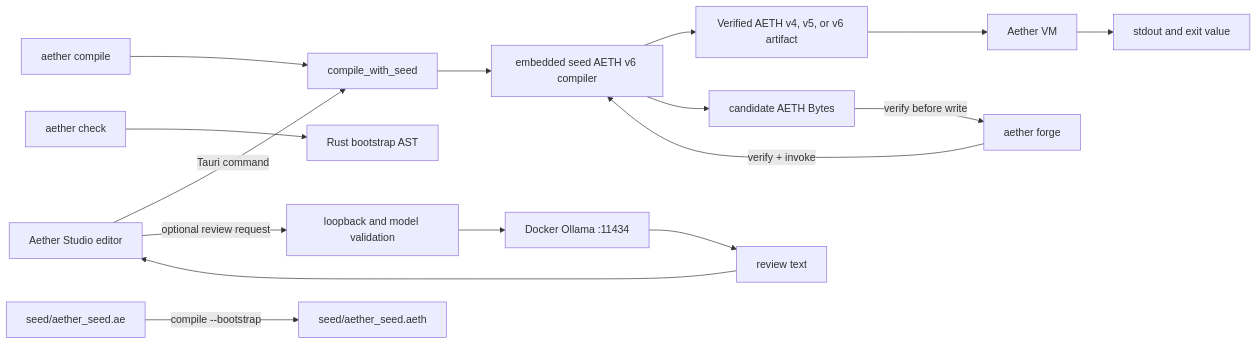
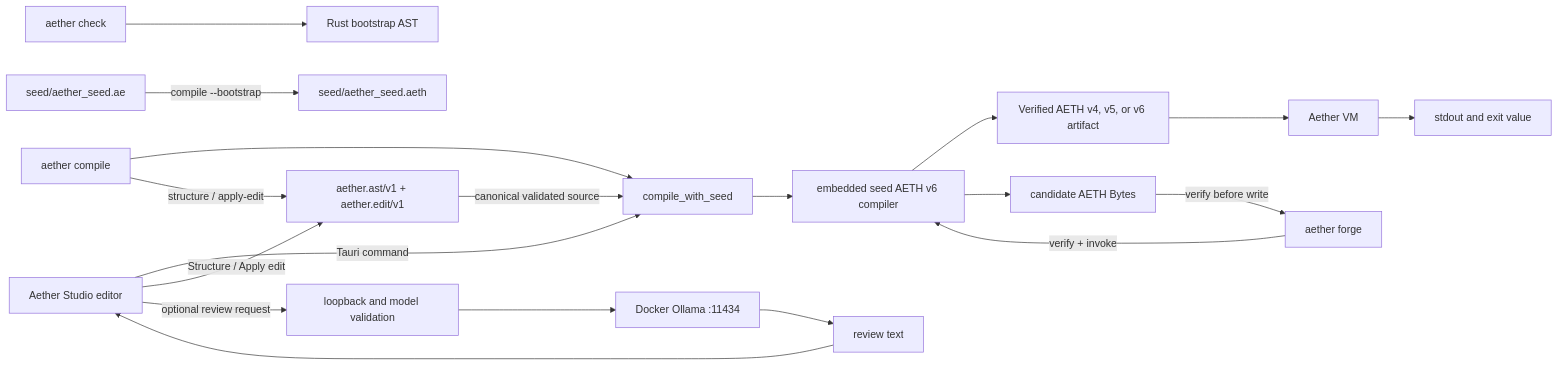
One commit to MrWizard94-Compile/XLang changed the diagram in docs/ARCHITECTURE.md. Above: the diagram before and after it, drawn with Mermaid. The commit also changed other lines of this file and 27 other files, not shown here.

```diff
--- a/docs/ARCHITECTURE.md
+++ b/docs/ARCHITECTURE.md
@@ -3,18 +3,21 @@
 ~~~mermaid
 flowchart LR
     Editor["Aether Studio editor"] -->|"Tauri command"| SeedPath["compile_with_seed"]
     CLI["aether compile"] --> SeedPath
+    Editor -->|"Structure / Apply edit"| Authoring["aether.ast/v1 + aether.edit/v1"]
+    CLI -->|"structure / apply-edit"| Authoring
+    Authoring -->|"canonical validated source"| SeedPath
     SeedPath --> SeedArt["embedded seed AETH v6 compiler"]
     SeedArt --> Artifact["Verified AETH v4, v5, or v6 artifact"]
     Artifact --> VM["Aether VM"]
     VM --> Result["stdout and exit value"]
     Check["aether check"] --> Bootstrap["Rust bootstrap AST"]
     SeedSrc["seed/aether_seed.ae"] -->|"compile --bootstrap"| SeedArtFile["seed/aether_seed.aeth"]
     Forge["aether forge"] -->|"verify + invoke"| SeedArt
     SeedArt --> Candidate["candidate AETH Bytes"]
     Candidate -->|"verify before write"| Forge
     Editor -->|"optional review request"| Guard["loopback and model validation"]
     Guard --> Ollama["Docker Ollama :11434"]
     Ollama --> Review["review text"]
     Review --> Editor
 ~~~
```
